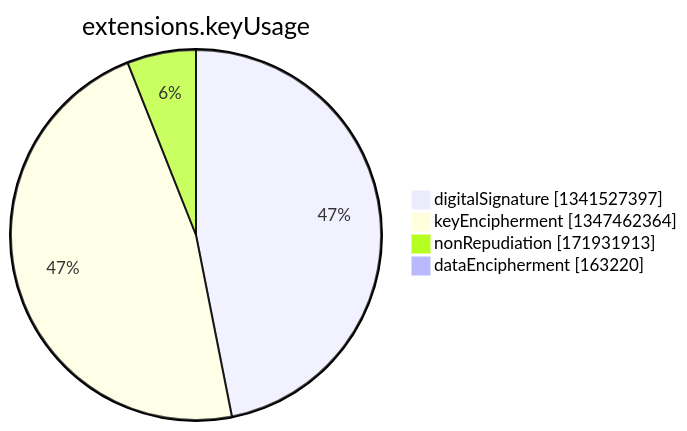
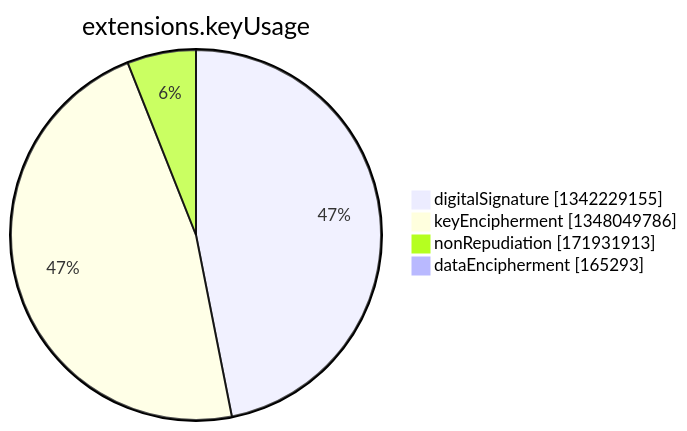
One commit to christiankrug/ctmonitor_visualization changed the seventh of 15 diagrams in argon2022/README.md. Above: the diagram before and after it, drawn with Mermaid. The commit also changed other lines of this file, not shown here.

````diff
--- a/argon2022/README.md
+++ b/argon2022/README.md
@@ -2750,8 +2750,8 @@
 ```mermaid
 pie showData
 title extensions.keyUsage
-"digitalSignature" :1341527397
-"keyEncipherment" :1347462364
+"digitalSignature" :1342229155
+"keyEncipherment" :1348049786
 "nonRepudiation" :171931913
-"dataEncipherment" :163220
+"dataEncipherment" :165293
 ```
````
